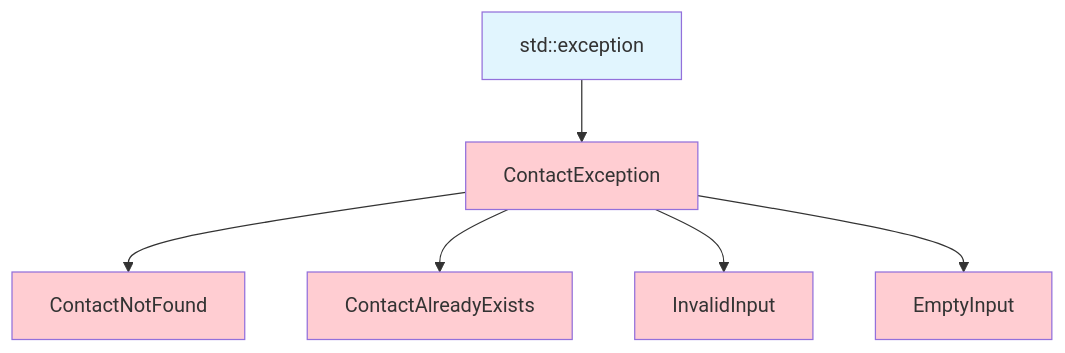
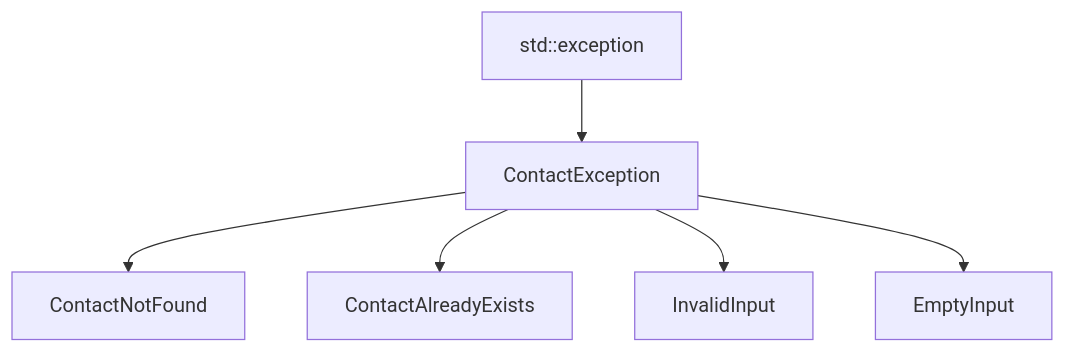
Before and after one commit to TaiLoiZzzz/DSA_PROJECT: the first of 14 diagrams in DATA_STRUCTURES_TREES.md, drawn with Mermaid. The commit also changed other lines of this file, not shown here.

````diff
--- a/DATA_STRUCTURES_TREES.md
+++ b/DATA_STRUCTURES_TREES.md
@@ -17,15 +17,8 @@
 ```mermaid
 graph TD
     A[std::exception] --> B[ContactException]
     B --> C[ContactNotFound]
     B --> D[ContactAlreadyExists]
     B --> E[InvalidInput]
     B --> F[EmptyInput]
-    
-    style A fill:#e1f5fe
-    style B fill:#ffcdd2
-    style C fill:#ffcdd2
-    style D fill:#ffcdd2
-    style E fill:#ffcdd2
-    style F fill:#ffcdd2
 ```
````
